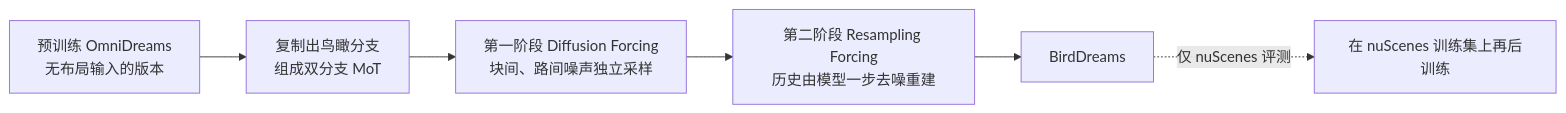
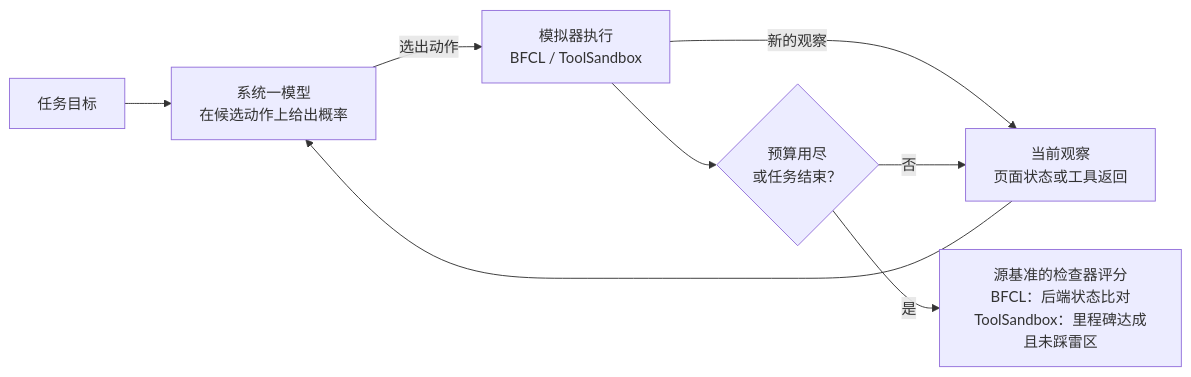
One commit to yingwang/paper-reads changed the third of 5 diagrams in docs/index.md. Above: the diagram before and after it, drawn with Mermaid. The commit also changed other lines of this file and 2 other files, not shown here.

````diff
--- a/docs/index.md
+++ b/docs/index.md
@@ -248,8 +166,10 @@
 ```mermaid
 flowchart LR
-    P0["预训练 OmniDreams<br/>无布局输入的版本"] --> P1["复制出鸟瞰分支<br/>组成双分支 MoT"]
-    P1 --> P2["第一阶段 Diffusion Forcing<br/>块间、路间噪声独立采样"]
-    P2 --> P3["第二阶段 Resampling Forcing<br/>历史由模型一步去噪重建"]
-    P3 --> P4["BirdDreams"]
-    P4 -.->|"仅 nuScenes 评测"| P5["在 nuScenes 训练集上再后训练"]
+    G["任务目标"] --> M["系统一模型<br/>在候选动作上给出概率"]
+    O["当前观察<br/>页面状态或工具返回"] --> M
+    M -->|选出动作| E["模拟器执行<br/>BFCL / ToolSandbox"]
+    E -->|新的观察| O
+    E --> B{"预算用尽<br/>或任务结束？"}
+    B -->|否| O
+    B -->|是| J["源基准的检查器评分<br/>BFCL：后端状态比对<br/>ToolSandbox：里程碑达成且未踩雷区"]
 ```
````
